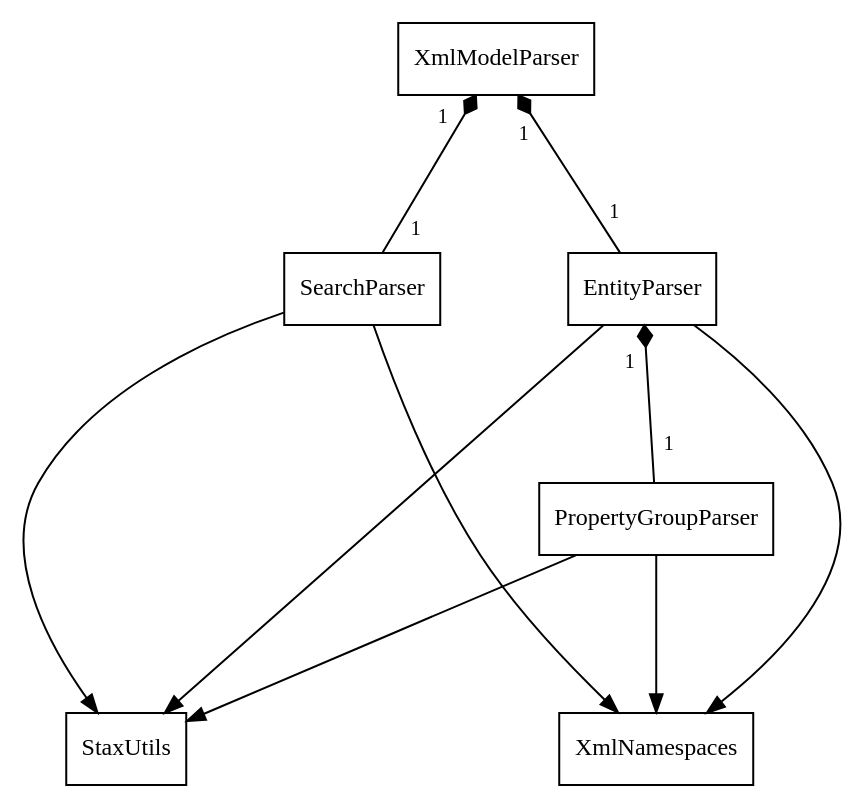
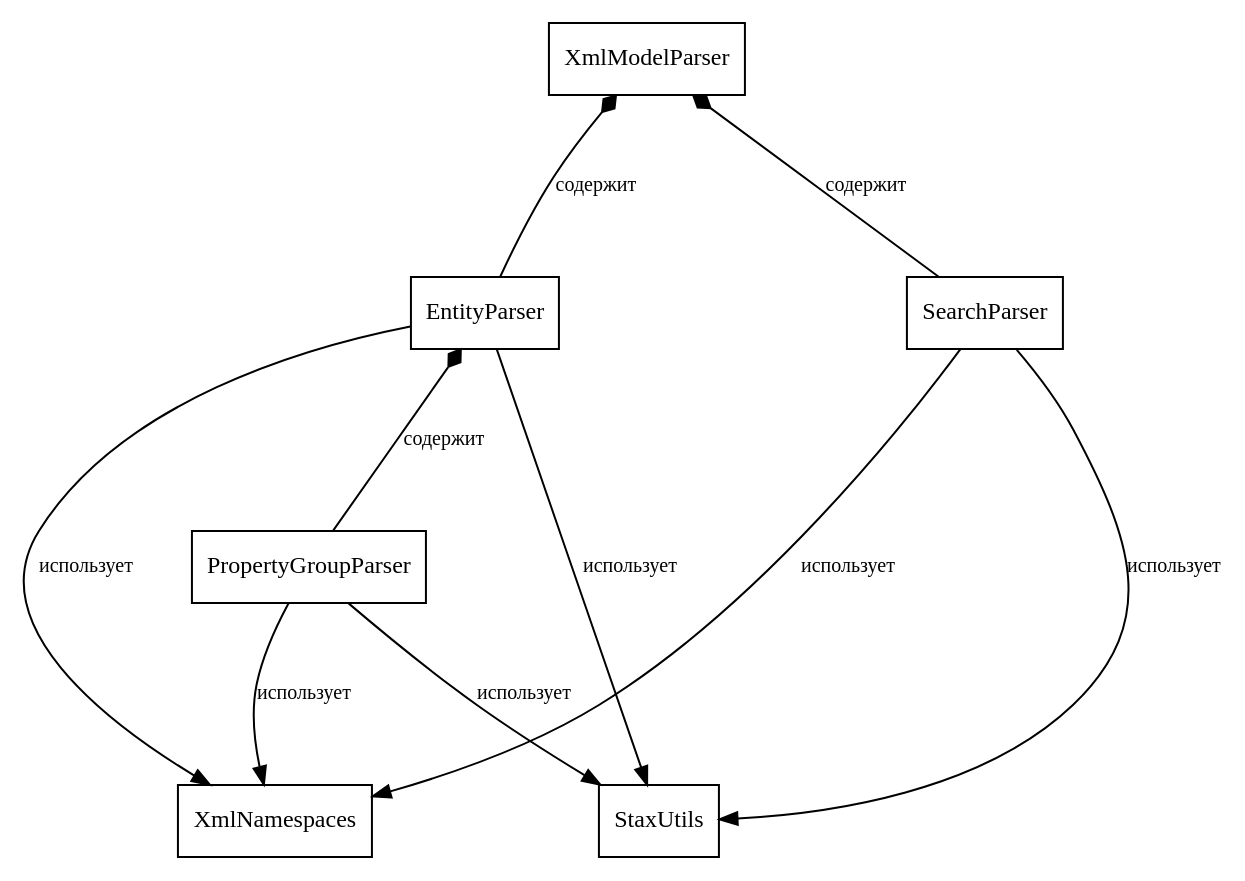
One commit to nastolbov/AutoTestGeneratorUpdate changed the diagram in diagrams/cls_parser_refined.dot. Above: the diagram before and after it, drawn with Graphviz. The commit also changed 7 other files, not shown here.

First line of the commit message:
docs(diagrams): исправить связи в диаграммах классов generator и parser

```diff
--- a/diagrams/cls_parser_refined.dot
+++ b/diagrams/cls_parser_refined.dot
@@ -1,23 +1,23 @@
 digraph cls_parser_refined {
     rankdir=TB; fontname="Liberation Serif";
     nodesep=0.8; ranksep=1.1;
     node [fontname="Liberation Serif", fontsize=12, shape=box, style=filled, fillcolor=white];
     edge [color=black, fontname="Liberation Serif", fontsize=10, labeldistance=2.0, arrowsize=0.9];
 
     XMP [label="XmlModelParser"];
     EP  [label="EntityParser"];
     PGP [label="PropertyGroupParser"];
     SP  [label="SearchParser"];
     SU  [label="StaxUtils"];
     XN  [label="XmlNamespaces"];
-    XMP -> EP  [arrowtail=diamond, dir=back, taillabel="1", headlabel="1"];
-    XMP -> SP  [arrowtail=diamond, dir=back, taillabel="1", headlabel="1"];
-    EP  -> PGP [arrowtail=diamond, dir=back, taillabel="1", headlabel="1"];
-    EP  -> SU; PGP -> SU; SP -> SU;
-    EP  -> XN; PGP -> XN; SP -> XN;
+    XMP -> EP  [arrowtail=diamond, dir=back, label="содержит"];
+    XMP -> SP  [arrowtail=diamond, dir=back, label="содержит"];
+    EP  -> PGP [arrowtail=diamond, dir=back, label="содержит"];
+    EP  -> SU [label="использует"]; PGP -> SU [label="использует"]; SP -> SU [label="использует"];
+    EP  -> XN [label="использует"]; PGP -> XN [label="использует"]; SP -> XN [label="использует"];
     { rank=same; XMP; }
     { rank=same; EP; SP; }
     { rank=same; PGP; }
     { rank=same; SU; XN; }
 
 }
```
